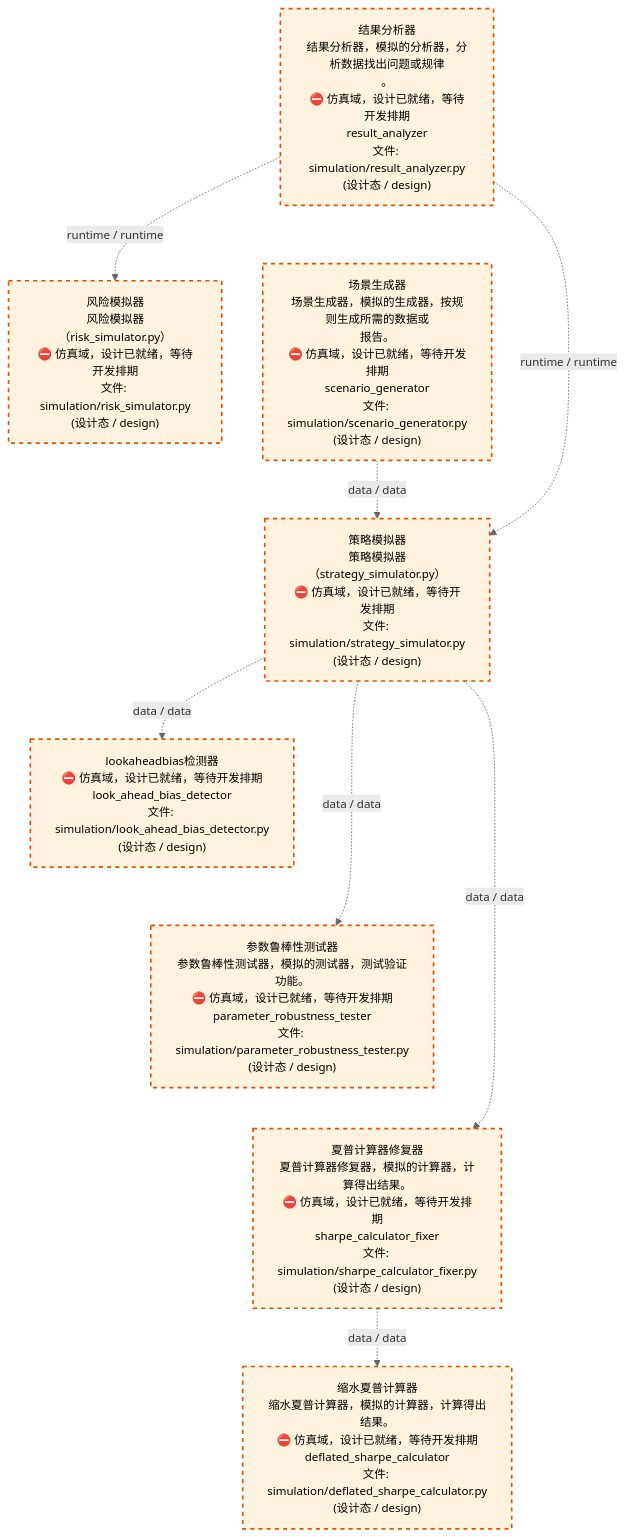
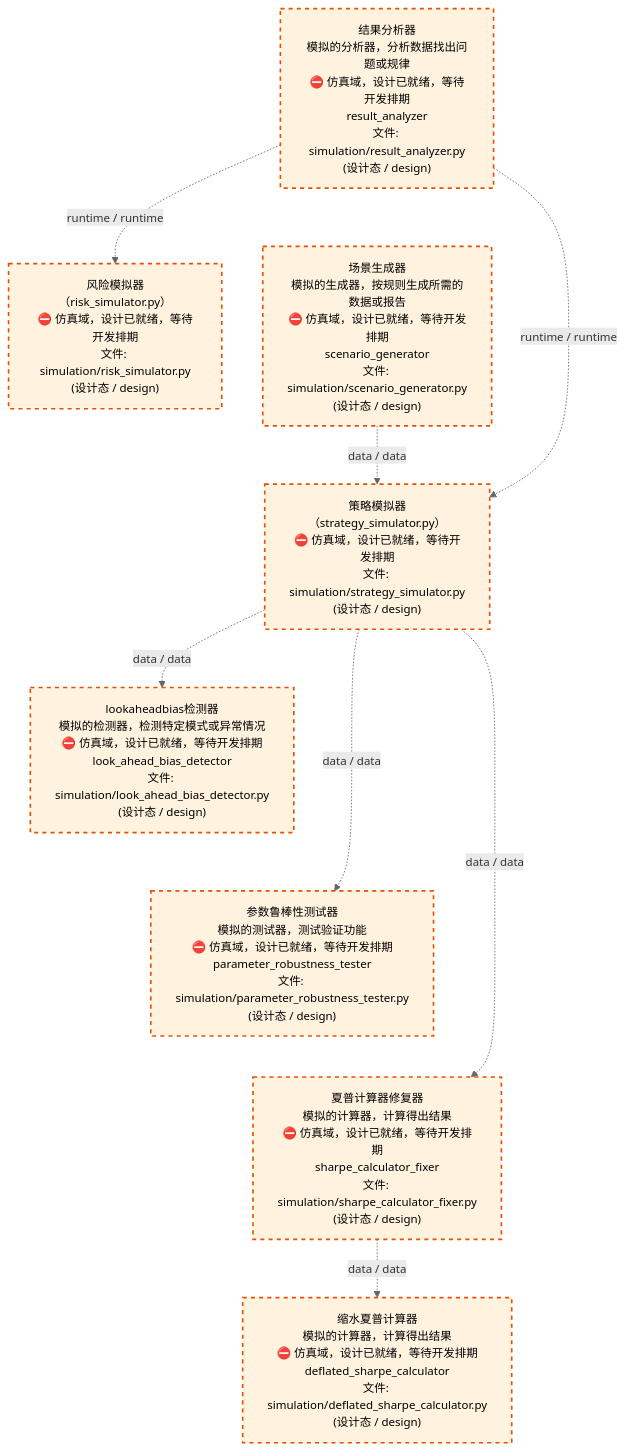
One commit to xuanFelixVan/ZephyrAlpha changed the third of 4 diagrams in docs/02_enterprise_architecture/02_domain_architecture_docs/70_d_simulation.md. Above: the diagram before and after it, drawn with Mermaid. The commit also changed other lines of this file and 63 other files, not shown here.

````diff
--- a/docs/02_enterprise_architecture/02_domain_architecture_docs/70_d_simulation.md
+++ b/docs/02_enterprise_architecture/02_domain_architecture_docs/70_d_simulation.md
@@ -112,28 +112,28 @@
 ```mermaid
 %%{init: {'theme': 'base', 'themeVariables': {'primaryColor': '#eaeaea', 'primaryTextColor': '#333333', 'primaryBorderColor': '#666666', 'lineColor': '#666666', 'secondaryColor': '#eaeaea', 'tertiaryColor': '#eaeaea', 'fontSize': '14px'}}}%%
 flowchart TD
-    src_zephyr_simulation_result_analyzer_py["结果分析器<br/>结果分析器，模拟的分析器，分析数据找出问题或规律<br/>。<br/>⛔ 仿真域，设计已就绪，等待开发排期<br/>result_analyzer<br/>文件: simulation/result_analyzer.py<br/>(设计态 / design)"]
-    src_zephyr_simulation_scenario_generator_py["场景生成器<br/>场景生成器，模拟的生成器，按规则生成所需的数据或<br/>报告。<br/>⛔ 仿真域，设计已就绪，等待开发排期<br/>scenario_generator<br/>文件: simulation/scenario_generator.py<br/>(设计态 / design)"]
+    src_zephyr_simulation_result_analyzer_py["结果分析器<br/>模拟的分析器，分析数据找出问题或规律<br/>⛔ 仿真域，设计已就绪，等待开发排期<br/>result_analyzer<br/>文件: simulation/result_analyzer.py<br/>(设计态 / design)"]
+    src_zephyr_simulation_scenario_generator_py["场景生成器<br/>模拟的生成器，按规则生成所需的数据或报告<br/>⛔ 仿真域，设计已就绪，等待开发排期<br/>scenario_generator<br/>文件: simulation/scenario_generator.py<br/>(设计态 / design)"]
     src_zephyr_simulation_result_analyzer_py ~~~ src_zephyr_simulation_scenario_generator_py
-    src_zephyr_simulation_risk_simulator_py["风险模拟器<br/>风险模拟器（risk_simulator.py）<br/>⛔ 仿真域，设计已就绪，等待开发排期<br/>文件: simulation/risk_simulator.py<br/>(设计态 / design)"]
-    src_zephyr_simulation_strategy_simulator_py["策略模拟器<br/>策略模拟器（strategy_simulator.py）<br/>⛔ 仿真域，设计已就绪，等待开发排期<br/>文件: simulation/strategy_simulator.py<br/>(设计态 / design)"]
+    src_zephyr_simulation_risk_simulator_py["风险模拟器<br/>（risk_simulator.py）<br/>⛔ 仿真域，设计已就绪，等待开发排期<br/>文件: simulation/risk_simulator.py<br/>(设计态 / design)"]
+    src_zephyr_simulation_strategy_simulator_py["策略模拟器<br/>（strategy_simulator.py）<br/>⛔ 仿真域，设计已就绪，等待开发排期<br/>文件: simulation/strategy_simulator.py<br/>(设计态 / design)"]
     src_zephyr_simulation_risk_simulator_py ~~~ src_zephyr_simulation_strategy_simulator_py
-    src_zephyr_simulation_look_ahead_bias_detector_py["lookaheadbias检测器<br/>⛔ 仿真域，设计已就绪，等待开发排期<br/>look_ahead_bias_detector<br/>文件: simulation/look_ahead_bias_detector.py<br/>(设计态 / design)"]
-    src_zephyr_simulation_parameter_robustness_tester_py["参数鲁棒性测试器<br/>参数鲁棒性测试器，模拟的测试器，测试验证功能。<br/>⛔ 仿真域，设计已就绪，等待开发排期<br/>parameter_robustness_tester<br/>文件: simulation/parameter_robustness_tester.py<br/>(设计态 / design)"]
-    src_zephyr_simulation_sharpe_calculator_fixer_py["夏普计算器修复器<br/>夏普计算器修复器，模拟的计算器，计算得出结果。<br/>⛔ 仿真域，设计已就绪，等待开发排期<br/>sharpe_calculator_fixer<br/>文件: simulation/sharpe_calculator_fixer.py<br/>(设计态 / design)"]
+    src_zephyr_simulation_look_ahead_bias_detector_py["lookaheadbias检测器<br/>模拟的检测器，检测特定模式或异常情况<br/>⛔ 仿真域，设计已就绪，等待开发排期<br/>look_ahead_bias_detector<br/>文件: simulation/look_ahead_bias_detector.py<br/>(设计态 / design)"]
+    src_zephyr_simulation_parameter_robustness_tester_py["参数鲁棒性测试器<br/>模拟的测试器，测试验证功能<br/>⛔ 仿真域，设计已就绪，等待开发排期<br/>parameter_robustness_tester<br/>文件: simulation/parameter_robustness_tester.py<br/>(设计态 / design)"]
+    src_zephyr_simulation_sharpe_calculator_fixer_py["夏普计算器修复器<br/>模拟的计算器，计算得出结果<br/>⛔ 仿真域，设计已就绪，等待开发排期<br/>sharpe_calculator_fixer<br/>文件: simulation/sharpe_calculator_fixer.py<br/>(设计态 / design)"]
     src_zephyr_simulation_look_ahead_bias_detector_py ~~~ src_zephyr_simulation_parameter_robustness_tester_py
     src_zephyr_simulation_parameter_robustness_tester_py ~~~ src_zephyr_simulation_sharpe_calculator_fixer_py
-    src_zephyr_simulation_deflated_sharpe_calculator_py["缩水夏普计算器<br/>缩水夏普计算器，模拟的计算器，计算得出结果。<br/>⛔ 仿真域，设计已就绪，等待开发排期<br/>deflated_sharpe_calculator<br/>文件: simulation/deflated_sharpe_calculator.py<br/>(设计态 / design)"]
+    src_zephyr_simulation_deflated_sharpe_calculator_py["缩水夏普计算器<br/>模拟的计算器，计算得出结果<br/>⛔ 仿真域，设计已就绪，等待开发排期<br/>deflated_sharpe_calculator<br/>文件: simulation/deflated_sharpe_calculator.py<br/>(设计态 / design)"]
     src_zephyr_simulation_strategy_simulator_py -.->|data / data| src_zephyr_simulation_parameter_robustness_tester_py
     src_zephyr_simulation_strategy_simulator_py -.->|data / data| src_zephyr_simulation_look_ahead_bias_detector_py
     src_zephyr_simulation_strategy_simulator_py -.->|data / data| src_zephyr_simulation_sharpe_calculator_fixer_py
     src_zephyr_simulation_scenario_generator_py -.->|data / data| src_zephyr_simulation_strategy_simulator_py
     src_zephyr_simulation_result_analyzer_py -.->|runtime / runtime| src_zephyr_simulation_strategy_simulator_py
     src_zephyr_simulation_result_analyzer_py -.->|runtime / runtime| src_zephyr_simulation_risk_simulator_py
     src_zephyr_simulation_sharpe_calculator_fixer_py -.->|data / data| src_zephyr_simulation_deflated_sharpe_calculator_py
     classDef production fill:#e1f5fe,stroke:#01579b,stroke-width:2px,color:#000
     classDef design fill:#fff3e0,stroke:#e65100,stroke-width:2px,color:#000,stroke-dasharray: 5 5
     classDef external_prod fill:#e8f4fd,stroke:#0277bd,stroke-width:1px,color:#000
     classDef external_design fill:#fff8e7,stroke:#ef6c00,stroke-width:1px,color:#000,stroke-dasharray: 5 5
     class src_zephyr_simulation_deflated_sharpe_calculator_py,src_zephyr_simulation_look_ahead_bias_detector_py,src_zephyr_simulation_parameter_robustness_tester_py,src_zephyr_simulation_result_analyzer_py,src_zephyr_simulation_risk_simulator_py,src_zephyr_simulation_scenario_generator_py,src_zephyr_simulation_sharpe_calculator_fixer_py,src_zephyr_simulation_strategy_simulator_py design
 ```
````
